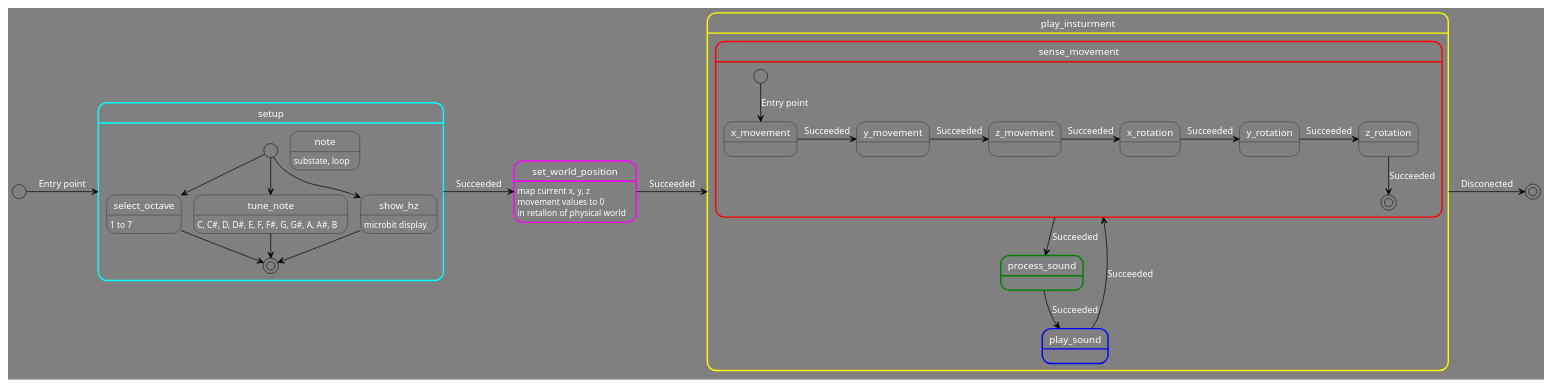
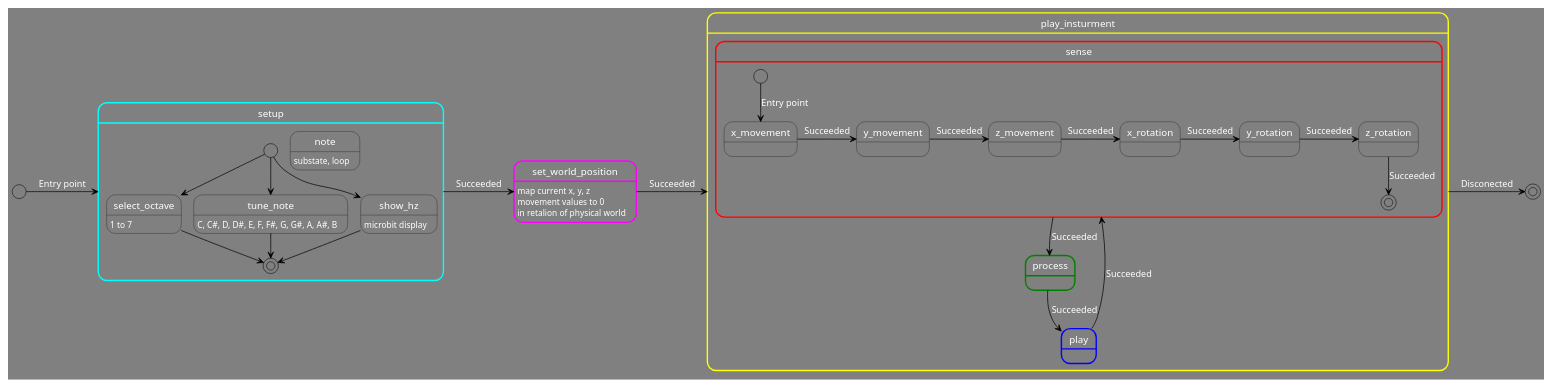
Before and after one commit to jfUPB/bitacorassfi12024-10-LemurWater: the diagram in Unidad3/puml/state_machine.puml, drawn with PlantUML.

Commit message:
eliminando verbos

```diff
--- a/Unidad3/puml/state_machine.puml
+++ b/Unidad3/puml/state_machine.puml
@@ -1,82 +1,82 @@
 @startuml
 
 scale 1920 width
 
 <style>
 stateDiagram {
   BackgroundColor grey
   'LineColor white
   FontName Impact
   FontColor white
   arrow {
     FontSize 13
     LineColor black
   }
 }
 </style>
 
 
 
 [*] -> setup : Entry point
 
 state setup ##[bold]cyan {
     [*] --> select_octave
     note: substate, loop
     [*] --> tune_note
     [*] --> show_hz
 
     state select_octave {
         select_octave: 1 to 7
     }
     state tune_note {
         tune_note: C, C#, D, D#, E, F, F#, G, G#, A, A#, B
     }
     state show_hz {
     show_hz: microbit display
     }
 
 
     select_octave --> [*]
     tune_note --> [*]
     show_hz --> [*]
 
 }
 setup -> set_world_position : Succeeded
 
 
 state set_world_position ##[bold]magenta {
  set_world_position: map current x, y, z
  set_world_position: movement values to 0
  set_world_position: in retalion of physical world
 }
 set_world_position -> play_insturment : Succeeded
 
 
 
 state play_insturment ##[bold]yellow {
- state sense_movement ##[bold]red {
+ state sense ##[bold]red {
   [*] --> x_movement : Entry point
   x_movement -> y_movement: Succeeded
   y_movement -> z_movement: Succeeded
   z_movement -> x_rotation: Succeeded
   x_rotation -> y_rotation: Succeeded
   y_rotation -> z_rotation: Succeeded
   z_rotation --> [*]: Succeeded
  }
- sense_movement --> process_sound : Succeeded
+ sense --> process : Succeeded
  
 
-state process_sound ##[bold]green {
+state process ##[bold]green {
  }
- process_sound --> play_sound : Succeeded
+ process --> play : Succeeded
  
 
 
-state play_sound ##[bold]blue {
+state play ##[bold]blue {
  }
- play_sound --> sense_movement: Succeeded
+ play --> sense: Succeeded
 }
 
 play_insturment -> [*] : Disconected
 
 @enduml
```
